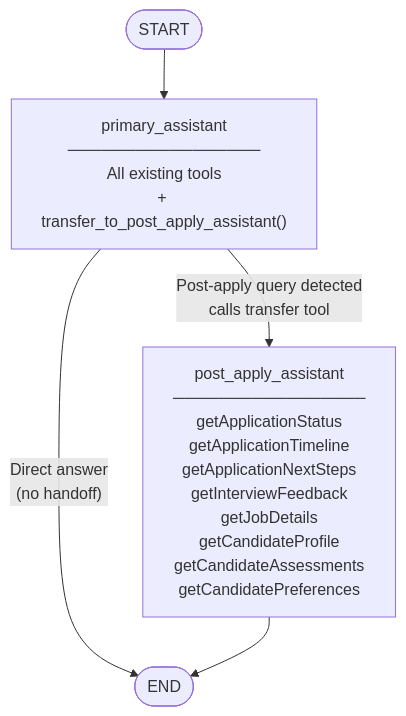
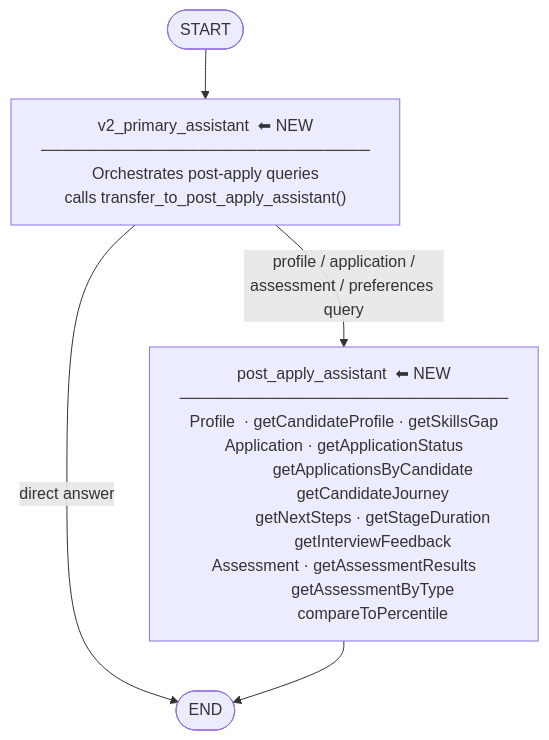
Before and after one commit to venkat-raman17/candidate-agent: the third of 32 diagrams in docs/post-apply-assistant-lld.md, drawn with Mermaid. The commit also changed other lines of this file, not shown here.

Commit message:
docs: update LLD for post apply assistant

````diff
--- a/docs/post-apply-assistant-lld.md
+++ b/docs/post-apply-assistant-lld.md
@@ -139,12 +190,15 @@
 ```mermaid
 flowchart TD
-    START(["START"])
-    PA["primary_assistant\n─────────────────\nAll existing tools\n+ transfer_to_post_apply_assistant()"]
-    PAA["post_apply_assistant\n─────────────────\ngetApplicationStatus\ngetApplicationTimeline\ngetApplicationNextSteps\ngetInterviewFeedback\ngetJobDetails\ngetCandidateProfile\ngetCandidateAssessments\ngetCandidatePreferences"]
-    END_NODE(["END"])
+    S2(["START"])
 
-    START --> PA
-    PA -->|"Direct answer\n(no handoff)"| END_NODE
-    PA -->|"Post-apply query detected\ncalls transfer tool"| PAA
-    PAA --> END_NODE
+    V2PA["v2_primary_assistant  ⬅ NEW\n─────────────────────────────\nOrchestrates post-apply queries\ncalls transfer_to_post_apply_assistant()"]
+
+    PAA["post_apply_assistant  ⬅ NEW\n─────────────────────────────\nProfile  · getCandidateProfile · getSkillsGap\nApplication · getApplicationStatus\n             getApplicationsByCandidate\n             getCandidateJourney\n             getNextSteps · getStageDuration\n             getInterviewFeedback\nAssessment · getAssessmentResults\n             getAssessmentByType\n             compareToPercentile"]
+
+    E2(["END"])
+
+    S2 --> V2PA
+    V2PA -->|"profile / application /\nassessment / preferences query"| PAA
+    V2PA -->|"direct answer"| E2
+    PAA --> E2
 ```
````
